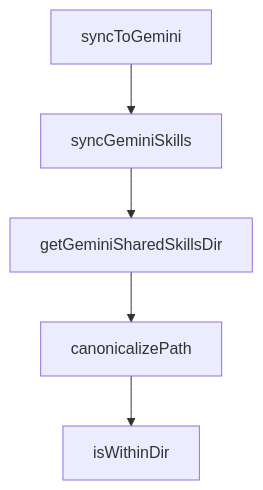
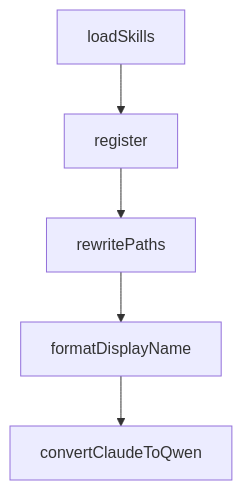
The diagram in tutorials/compound-engineering-plugin-tutorial/08-contribution-workflow-and-versioning-discipline.md (johnxie/awesome-code-docs), drawn with Mermaid before and after one commit. The commit also changed other lines of this file and 1232 other files, not shown here.

````diff
--- a/tutorials/compound-engineering-plugin-tutorial/08-contribution-workflow-and-versioning-discipline.md
+++ b/tutorials/compound-engineering-plugin-tutorial/08-contribution-workflow-and-versioning-discipline.md
@@ -224,12 +222,12 @@
 ```mermaid
 flowchart TD
-    A[syncToGemini]
-    B[syncGeminiSkills]
-    C[getGeminiSharedSkillsDir]
-    D[canonicalizePath]
-    E[isWithinDir]
+    A[loadSkills]
+    B[register]
+    C[rewritePaths]
+    D[formatDisplayName]
+    E[convertClaudeToQwen]
     A --> B
     B --> C
     C --> D
     D --> E
 ```
````
